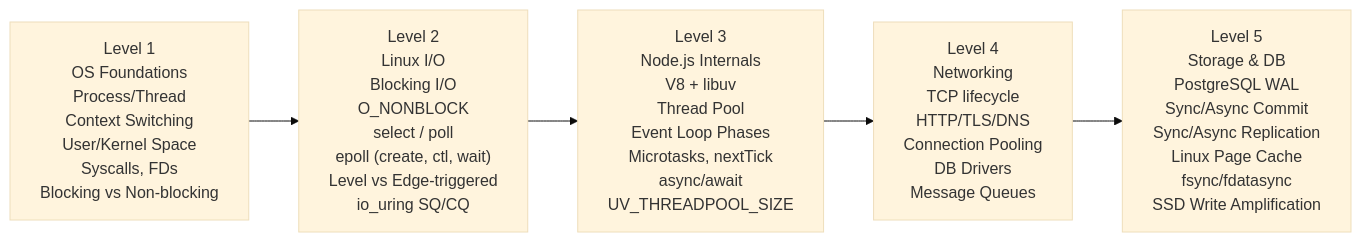
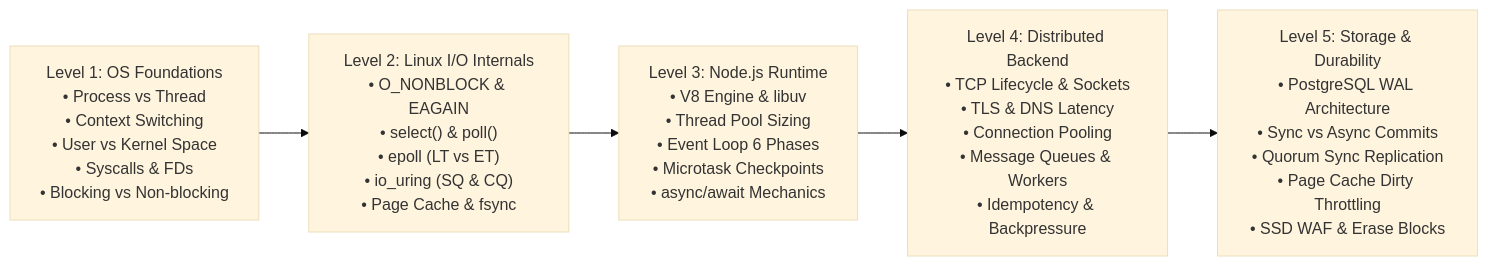
Diagram 16 of 16 in Backend-engineering/2-Communication-patterns/2-Async-and-Sync-Execution/1.Async-Sync-Execution.md (Patel-Neel-346/Notes), drawn with Mermaid (base theme) before and after one commit. The commit also changed other lines of this file and 1 other file, not shown here.

````diff
--- a/Backend-engineering/2-Communication-patterns/2-Async-and-Sync-Execution/1.Async-Sync-Execution.md
+++ b/Backend-engineering/2-Communication-patterns/2-Async-and-Sync-Execution/1.Async-Sync-Execution.md
@@ -1193,10 +1201,10 @@
 ```mermaid
 flowchart LR
-    L1["Level 1\nOS Foundations\nProcess/Thread\nContext Switching\nUser/Kernel Space\nSyscalls, FDs\nBlocking vs Non-blocking"]
-    L2["Level 2\nLinux I/O\nBlocking I/O\nO_NONBLOCK\nselect / poll\nepoll (create, ctl, wait)\nLevel vs Edge-triggered\nio_uring SQ/CQ"]
-    L3["Level 3\nNode.js Internals\nV8 + libuv\nThread Pool\nEvent Loop Phases\nMicrotasks, nextTick\nasync/await\nUV_THREADPOOL_SIZE"]
-    L4["Level 4\nNetworking\nTCP lifecycle\nHTTP/TLS/DNS\nConnection Pooling\nDB Drivers\nMessage Queues"]
-    L5["Level 5\nStorage & DB\nPostgreSQL WAL\nSync/Async Commit\nSync/Async Replication\nLinux Page Cache\nfsync/fdatasync\nSSD Write Amplification"]
+    L1["Level 1: OS Foundations\n• Process vs Thread\n• Context Switching\n• User vs Kernel Space\n• Syscalls & FDs\n• Blocking vs Non-blocking"]
+    L2["Level 2: Linux I/O Internals\n• O_NONBLOCK & EAGAIN\n• select() & poll()\n• epoll (LT vs ET)\n• io_uring (SQ & CQ)\n• Page Cache & fsync"]
+    L3["Level 3: Node.js Runtime\n• V8 Engine & libuv\n• Thread Pool Sizing\n• Event Loop 6 Phases\n• Microtask Checkpoints\n• async/await Mechanics"]
+    L4["Level 4: Distributed Backend\n• TCP Lifecycle & Sockets\n• TLS & DNS Latency\n• Connection Pooling\n• Message Queues & Workers\n• Idempotency & Backpressure"]
+    L5["Level 5: Storage & Durability\n• PostgreSQL WAL Architecture\n• Sync vs Async Commits\n• Quorum Sync Replication\n• Page Cache Dirty Throttling\n• SSD WAF & Erase Blocks"]
 
     L1 --> L2 --> L3 --> L4 --> L5
 ```
````
